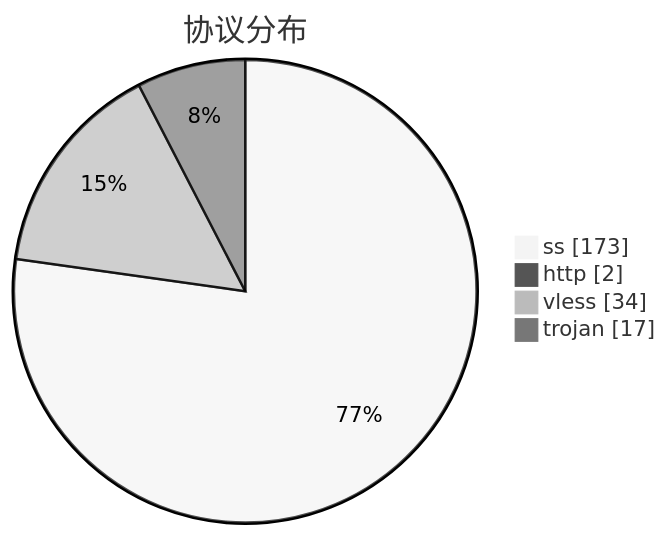
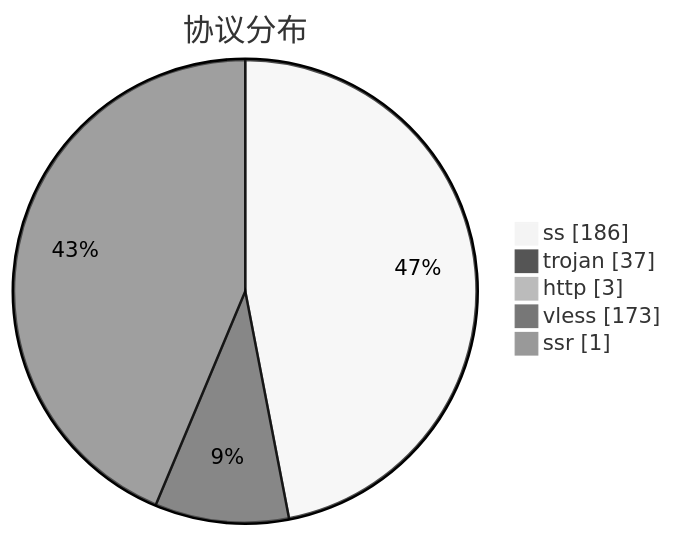
One commit to qjlxg/airport changed the third of 3 diagrams in subs/statistics/tested_within.md. Above: the diagram before and after it, drawn with Mermaid (neutral theme). The commit also changed other lines of this file and 2 other files, not shown here.

````diff
--- a/subs/statistics/tested_within.md
+++ b/subs/statistics/tested_within.md
@@ -18,8 +21,9 @@
 ```mermaid
 pie showData
 title 协议分布
-"ss" : 173
-"http" : 2
-"vless" : 34
-"trojan" : 17
+"ss" : 186
+"trojan" : 37
+"http" : 3
+"vless" : 173
+"ssr" : 1
 ```
````
